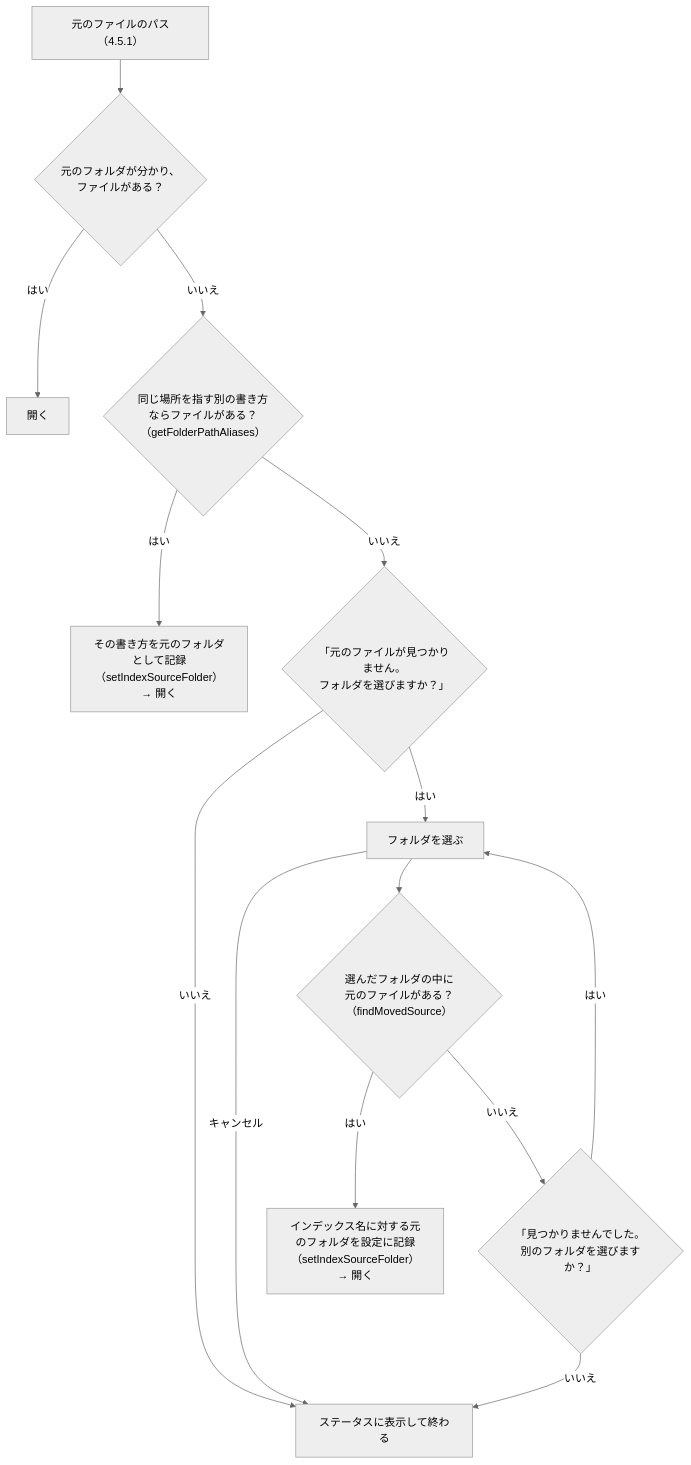
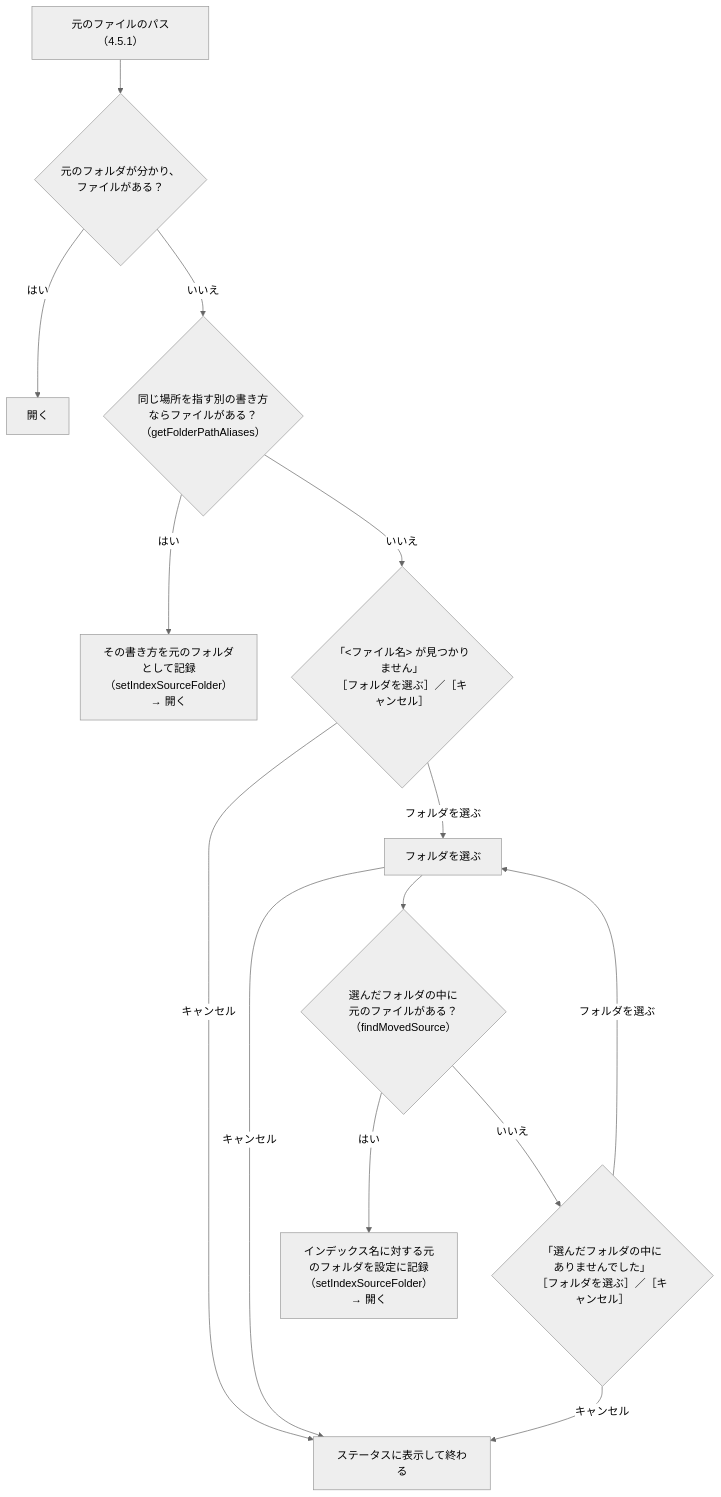
One commit to hsgwa/tebunko changed the second of 2 diagrams in docs/03_画面_2_検索タブ_1_元のファイルを開く.md. Above: the diagram before and after it, drawn with Mermaid (neutral theme). The commit also changed other lines of this file and 8 other files, not shown here.

````diff
--- a/docs/03_画面_2_検索タブ_1_元のファイルを開く.md
+++ b/docs/03_画面_2_検索タブ_1_元のファイルを開く.md
@@ -75,16 +75,16 @@
 ```mermaid
 flowchart TD
     A["元のファイルのパス（4.5.1）"] --> B{"元のフォルダが分かり、<br>ファイルがある？"}
     B -- はい --> O["開く"]
     B -- いいえ --> N{"同じ場所を指す別の書き方<br>ならファイルがある？<br>（getFolderPathAliases）"}
     N -- はい --> R2["その書き方を元のフォルダとして記録<br>（setIndexSourceFolder）→ 開く"]
-    N -- いいえ --> Q{"「元のファイルが見つかりません。<br>フォルダを選びますか？」"}
-    Q -- いいえ --> S["ステータスに表示して終わる"]
-    Q -- はい --> P["フォルダを選ぶ"]
+    N -- いいえ --> Q{"「#lt;ファイル名#gt; が見つかりません」<br>［フォルダを選ぶ］／［キャンセル］"}
+    Q -- キャンセル --> S["ステータスに表示して終わる"]
+    Q -- フォルダを選ぶ --> P["フォルダを選ぶ"]
     P -- キャンセル --> S
     P --> F{"選んだフォルダの中に<br>元のファイルがある？（findMovedSource）"}
     F -- はい --> R["インデックス名に対する元のフォルダを設定に記録<br>（setIndexSourceFolder）→ 開く"]
-    F -- いいえ --> Q2{"「見つかりませんでした。<br>別のフォルダを選びますか？」"}
-    Q2 -- はい --> P
-    Q2 -- いいえ --> S
+    F -- いいえ --> Q2{"「選んだフォルダの中に<br>ありませんでした」<br>［フォルダを選ぶ］／［キャンセル］"}
+    Q2 -- フォルダを選ぶ --> P
+    Q2 -- キャンセル --> S
 ```
````
